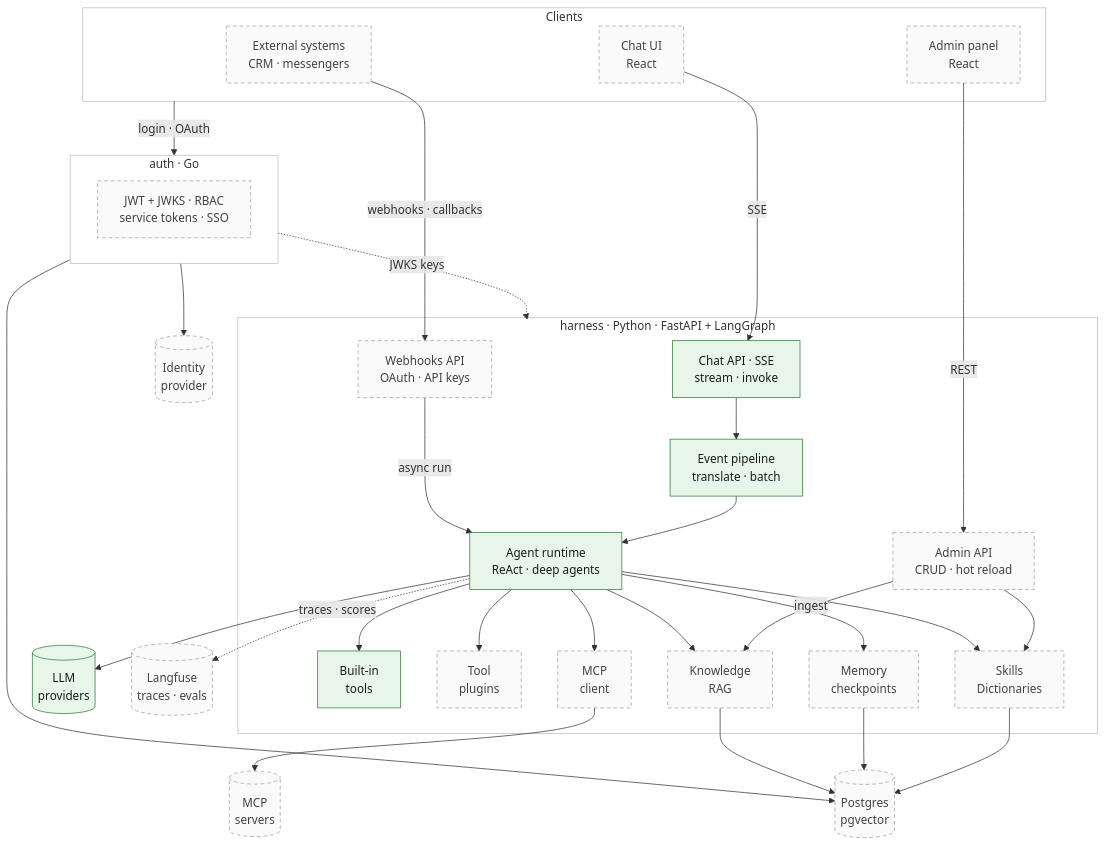
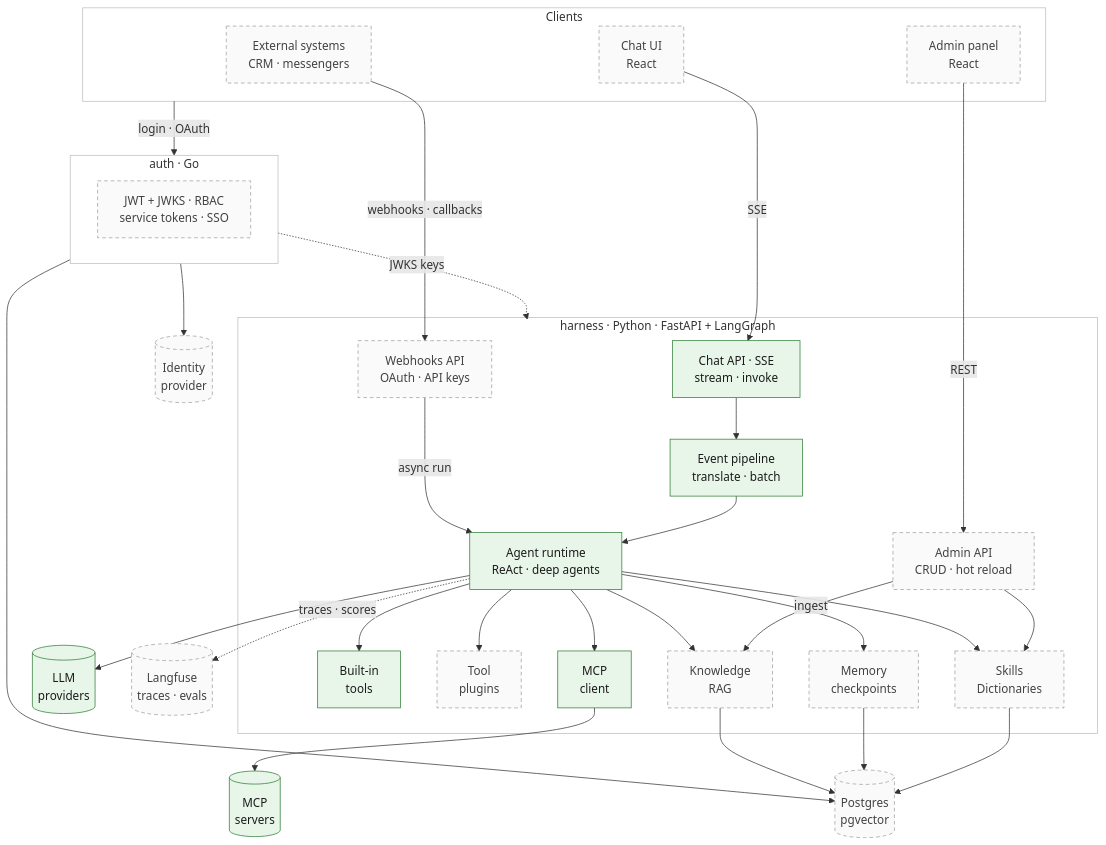
One commit to ulshv/harness changed the diagram in README-ru.md. Above: the diagram before and after it, drawn with Mermaid. The commit also changed other lines of this file and 6 other files, not shown here.

````diff
--- a/README-ru.md
+++ b/README-ru.md
@@ -59,66 +59,66 @@
 ```mermaid
 flowchart TB
     subgraph clients["Clients"]
         chat_ui["Chat UI<br/>React"]
         admin_ui["Admin panel<br/>React"]
         ext_sys["External systems<br/>CRM · messengers"]
     end
 
     subgraph harness["harness · Python · FastAPI + LangGraph"]
         chat_api["Chat API · SSE<br/>stream · invoke"]
         admin_api["Admin API<br/>CRUD · hot reload"]
         hooks["Webhooks API<br/>OAuth · API keys"]
         pipeline["Event pipeline<br/>translate · batch"]
         agent["Agent runtime<br/>ReAct · deep agents"]
         tools["Built-in<br/>tools"]
         plugins["Tool<br/>plugins"]
         mcp_client["MCP<br/>client"]
         skills["Skills<br/>Dictionaries"]
         memory["Memory<br/>checkpoints"]
         rag["Knowledge<br/>RAG"]
     end
 
     subgraph auth_box["auth · Go"]
         auth["JWT + JWKS · RBAC<br/>service tokens · SSO"]
     end
 
     llm[("LLM<br/>providers")]
     mcp[("MCP<br/>servers")]
     pg[("Postgres<br/>pgvector")]
     idp[("Identity<br/>provider")]
     obs[("Langfuse<br/>traces · evals")]
 
     chat_ui -- "SSE" --> chat_api
     admin_ui -- "REST" --> admin_api
     ext_sys -- "webhooks · callbacks" --> hooks
     clients -- "login · OAuth" --> auth_box
     auth_box -. "JWKS keys" .-> harness
 
     chat_api --> pipeline --> agent
     hooks -- "async run" --> agent
     admin_api --> skills
     admin_api -- "ingest" --> rag
     agent --> tools
     agent --> plugins
     agent --> mcp_client
     agent --> skills
     agent --> memory
     agent --> rag
 
     agent --> llm
     mcp_client --> mcp
     skills --> pg
     memory --> pg
     rag --> pg
     auth_box --> pg
     auth_box --> idp
     agent -. "traces · scores" .-> obs
 
     classDef shipped fill:#e8f5e9,stroke:#2e7d32,color:#1b1b1b
     classDef planned fill:#fafafa,stroke:#9e9e9e,stroke-dasharray:5 4,color:#424242
-    class chat_api,pipeline,agent,tools,llm shipped
-    class chat_ui,admin_ui,ext_sys,admin_api,hooks,plugins,skills,mcp_client,memory,rag,auth,mcp,pg,idp,obs planned
+    class chat_api,pipeline,agent,tools,mcp_client,llm,mcp shipped
+    class chat_ui,admin_ui,ext_sys,admin_api,hooks,plugins,skills,memory,rag,auth,pg,idp,obs planned
     style clients fill:#ffffff,stroke:#bdbdbd
     style harness fill:#ffffff,stroke:#bdbdbd
     style auth_box fill:#ffffff,stroke:#bdbdbd
 ```
````
